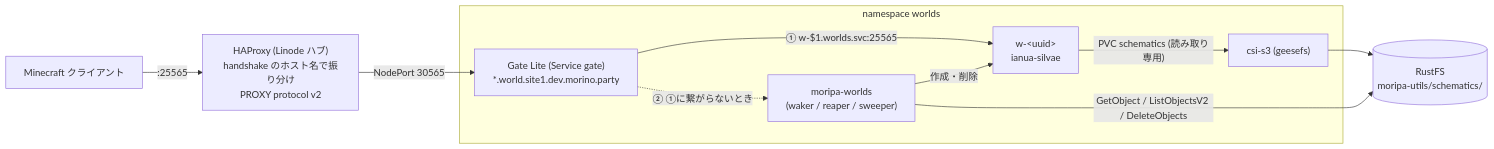
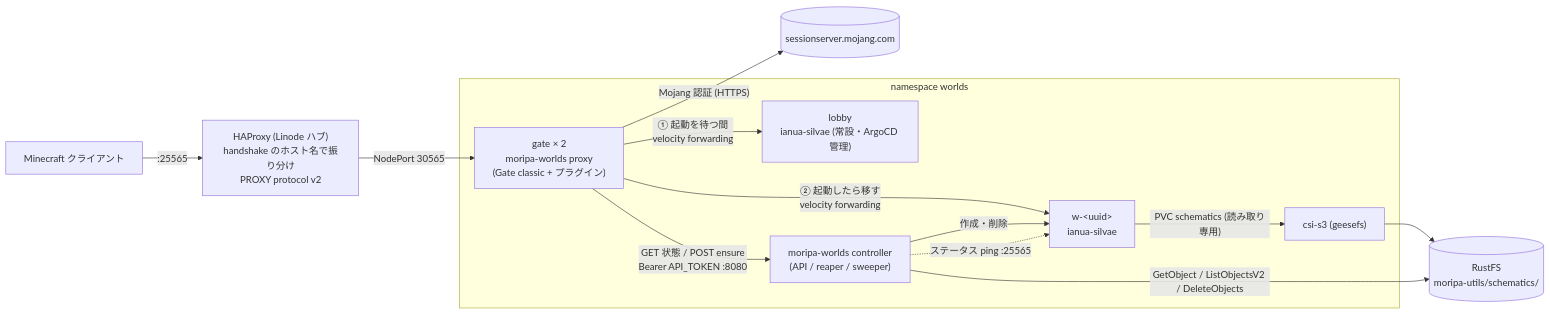
The diagram in README.md (morinoparty/moripa-worlds), drawn with Mermaid before and after one commit. The commit also changed other lines of this file, not shown here.

Commit message:
README: ロビー経由の構成 (proxy / controller)・API・環境変数・Gate のタイムアウトの不具合・結合確認を書く

````diff
--- a/README.md
+++ b/README.md
@@ -14,13 +25,16 @@
 ```mermaid
 flowchart LR
     client[Minecraft クライアント] -- ":25565" --> haproxy["HAProxy (Linode ハブ)<br/>handshake のホスト名で振り分け<br/>PROXY protocol v2"]
-    haproxy -- "NodePort 30565" --> gate["Gate Lite (Service gate)<br/>*.world.site1.dev.morino.party"]
+    haproxy -- "NodePort 30565" --> gate["gate × 2<br/>moripa-worlds proxy<br/>(Gate classic + プラグイン)"]
+    gate -- "Mojang 認証 (HTTPS)" --> mojang[(sessionserver.mojang.com)]
     subgraph worlds [namespace worlds]
-        gate -- "① w-$1.worlds.svc:25565" --> world["w-&lt;uuid&gt;<br/>ianua-silvae"]
-        gate -. "② ①に繋がらないとき" .-> waker["moripa-worlds<br/>(waker / reaper / sweeper)"]
-        waker -- "作成・削除" --> world
+        gate -- "① 起動を待つ間<br/>velocity forwarding" --> lobby["lobby<br/>ianua-silvae (常設・ArgoCD 管理)"]
+        gate -- "② 起動したら移す<br/>velocity forwarding" --> world["w-&lt;uuid&gt;<br/>ianua-silvae"]
+        gate -- "GET 状態 / POST ensure<br/>Bearer API_TOKEN :8080" --> ctl["moripa-worlds controller<br/>(API / reaper / sweeper)"]
+        ctl -- "作成・削除" --> world
+        ctl -. "ステータス ping :25565" .-> world
         world -- "PVC schematics (読み取り専用)" --> csi["csi-s3 (geesefs)"]
     end
-    waker -- "GetObject / ListObjectsV2 / DeleteObjects" --> rustfs[("RustFS<br/>moripa-utils/schematics/")]
+    ctl -- "GetObject / ListObjectsV2 / DeleteObjects" --> rustfs[("RustFS<br/>moripa-utils/schematics/")]
     csi --> rustfs
 ```
````
